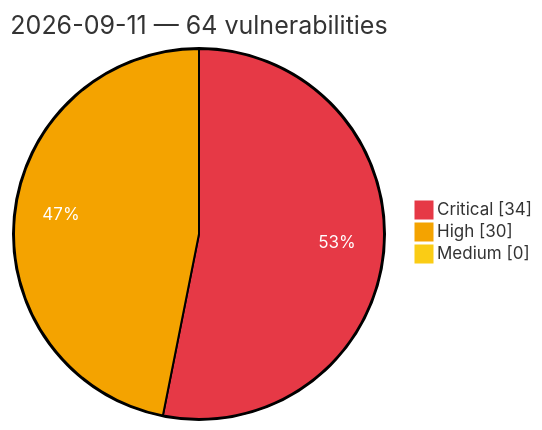
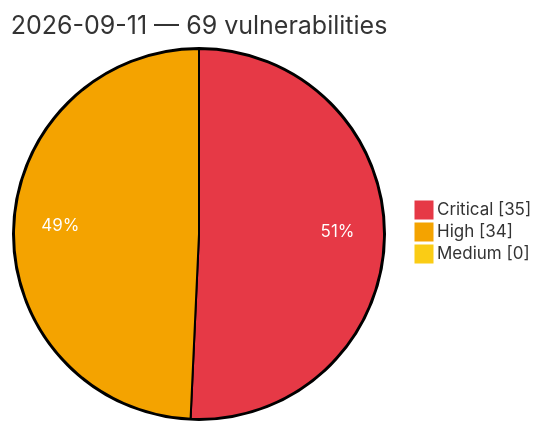
The diagram in vulnerabilities/2026/September/2026-09-11.md (GhostX0X/vuln-tracker), drawn with Mermaid before and after one commit. The commit also changed other lines of this file and 5 other files, not shown here.

Commit message:
Auto update: critical/high vulns (2026-09-11 23:15 UTC)

````diff
--- a/vulnerabilities/2026/September/2026-09-11.md
+++ b/vulnerabilities/2026/September/2026-09-11.md
@@ -3,8 +3,8 @@
 ```mermaid
 %%{init: {'theme':'base', 'themeVariables': {'pie1':'#e63946', 'pie2':'#f4a300', 'pie3':'#facc15', 'pieOpacity':'1', 'pieOuterStrokeWidth':'2px', 'pieSectionTextColor':'#ffffff'}}}%%
 pie showData
-    title 2026-09-11 — 64 vulnerabilities
-    "Critical" : 34
-    "High" : 30
+    title 2026-09-11 — 69 vulnerabilities
+    "Critical" : 35
+    "High" : 34
     "Medium" : 0
 ```
````
